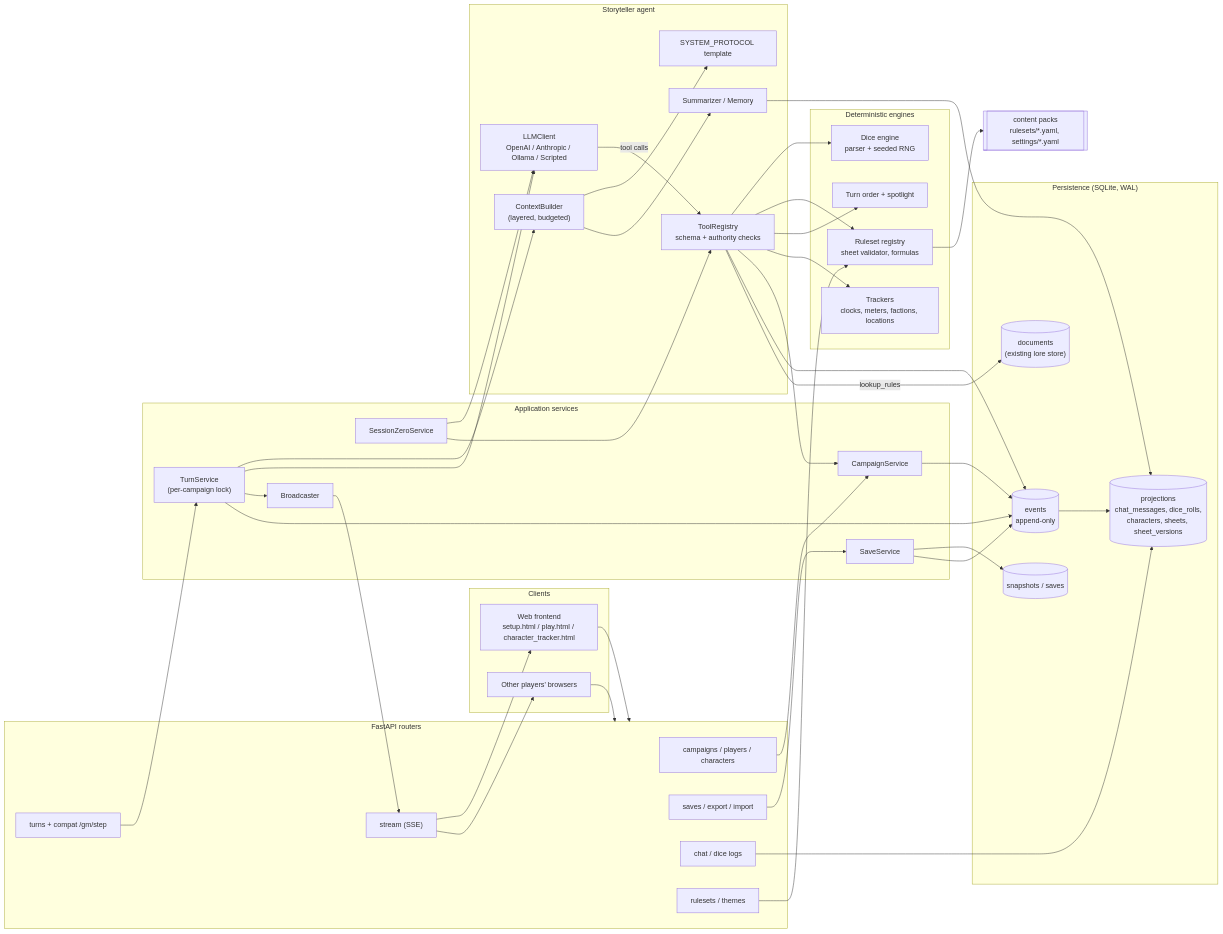
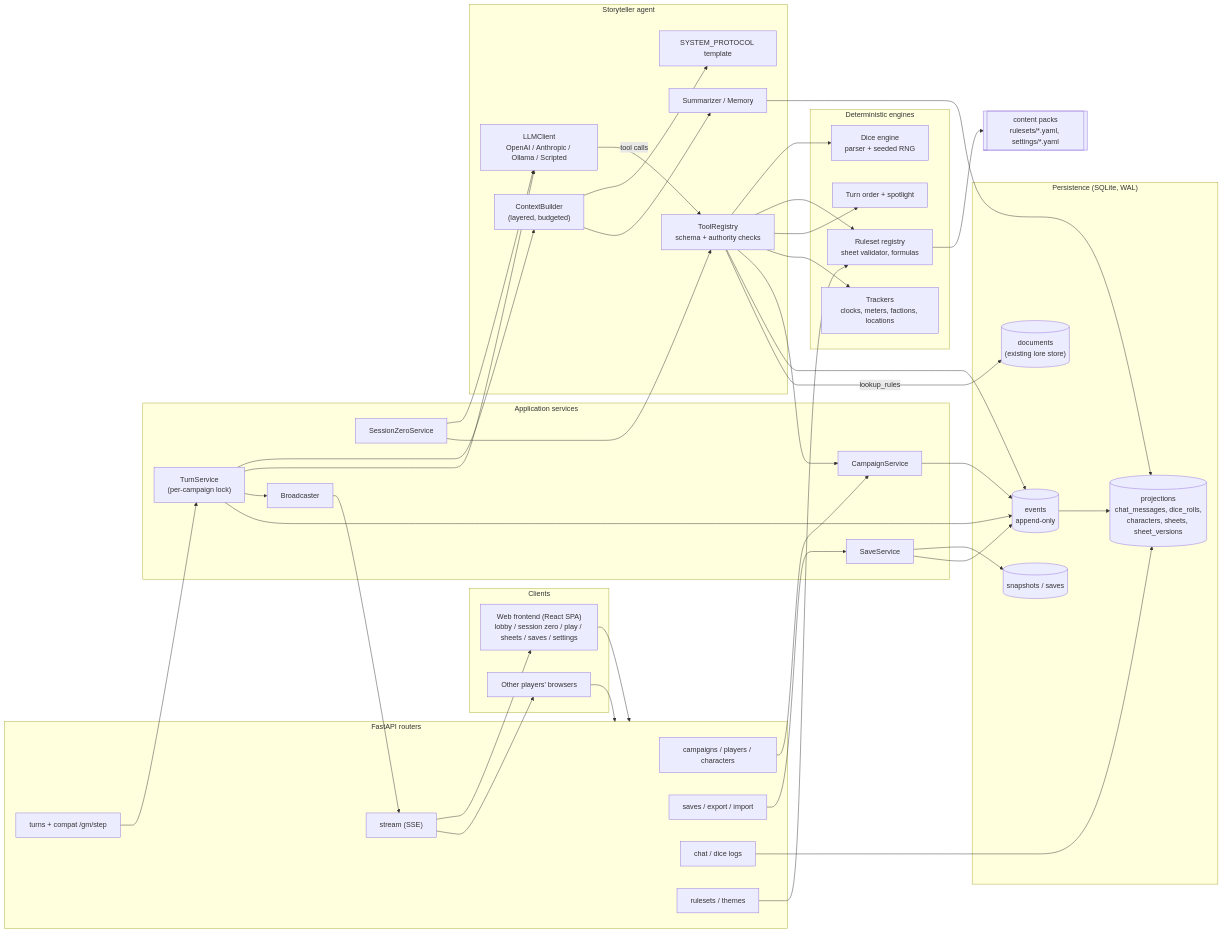
Before and after one commit to misears/Storyteller-AI-Agent: the first of 7 diagrams in docs/STORYTELLER_PLAN.md, drawn with Mermaid. The commit also changed other lines of this file and 2 other files, not shown here.

Commit message:
docs: Q11 web framework (React+TS+Vite, ADR-0006, M10 rewrite); accept defaults for Q7-Q10, Q12

````diff
--- a/docs/STORYTELLER_PLAN.md
+++ b/docs/STORYTELLER_PLAN.md
@@ -195,79 +199,79 @@
 ```mermaid
 flowchart LR
     subgraph Clients
-        UI["Web frontend<br/>setup.html / play.html / character_tracker.html"]
+        UI["Web frontend (React SPA)<br/>lobby / session zero / play / sheets / saves / settings"]
         P2["Other players' browsers"]
     end
 
     subgraph API["FastAPI routers"]
         RC["campaigns / players / characters"]
         RT["turns + compat /gm/step"]
         RS["saves / export / import"]
         RL["chat / dice logs"]
         SSE["stream (SSE)"]
         RR["rulesets / themes"]
     end
 
     subgraph Core["Application services"]
         CS["CampaignService"]
         TS["TurnService<br/>(per-campaign lock)"]
         SZ["SessionZeroService"]
         SV["SaveService"]
         BC["Broadcaster"]
     end
 
     subgraph Agent["Storyteller agent"]
         CB["ContextBuilder<br/>(layered, budgeted)"]
         PR["SYSTEM_PROTOCOL template"]
         LLM["LLMClient<br/>OpenAI / Anthropic / Ollama / Scripted"]
         TR["ToolRegistry<br/>schema + authority checks"]
         SUM["Summarizer / Memory"]
     end
 
     subgraph Engines["Deterministic engines"]
         DICE["Dice engine<br/>parser + seeded RNG"]
         RULES["Ruleset registry<br/>sheet validator, formulas"]
         TURN["Turn order + spotlight"]
         TRK["Trackers<br/>clocks, meters, factions, locations"]
     end
 
     subgraph Data["Persistence (SQLite, WAL)"]
         EV[("events<br/>append-only")]
         PROJ[("projections<br/>chat_messages, dice_rolls,<br/>characters, sheets, sheet_versions")]
         SNAP[("snapshots / saves")]
         DOCS[("documents<br/>(existing lore store)")]
     end
 
     PACKS[["content packs<br/>rulesets/*.yaml, settings/*.yaml"]]
 
     UI --> API
     P2 --> API
     SSE --> UI
     SSE --> P2
     RC --> CS
     RT --> TS
     RS --> SV
     RL --> PROJ
     RR --> RULES
     TS --> CB --> PR
     CB --> SUM
     TS --> LLM
     LLM -- tool calls --> TR
     TR --> DICE
     TR --> RULES
     TR --> TURN
     TR --> TRK
     TR --> CS
     TS --> BC --> SSE
     CS --> EV
     TS --> EV
     TR --> EV
     EV --> PROJ
     SV --> SNAP
     SV --> EV
     SZ --> LLM
     SZ --> TR
     RULES --> PACKS
     SUM --> PROJ
     TR -- lookup_rules --> DOCS
 ```
````
